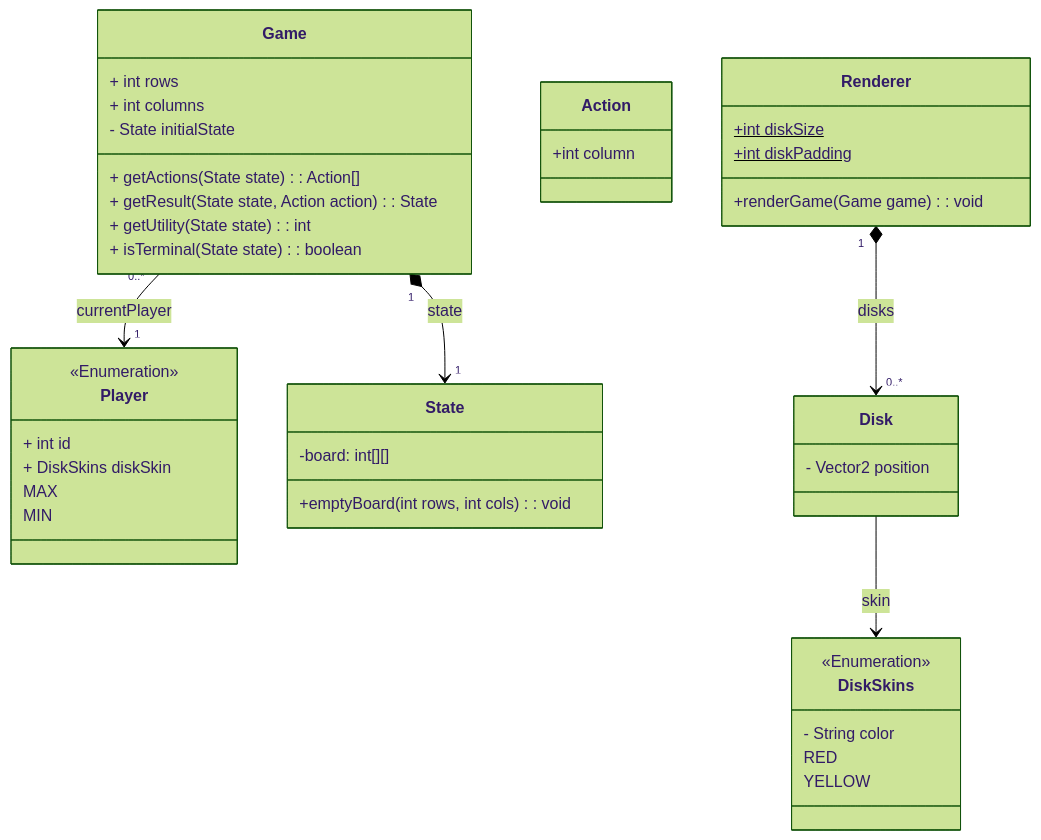
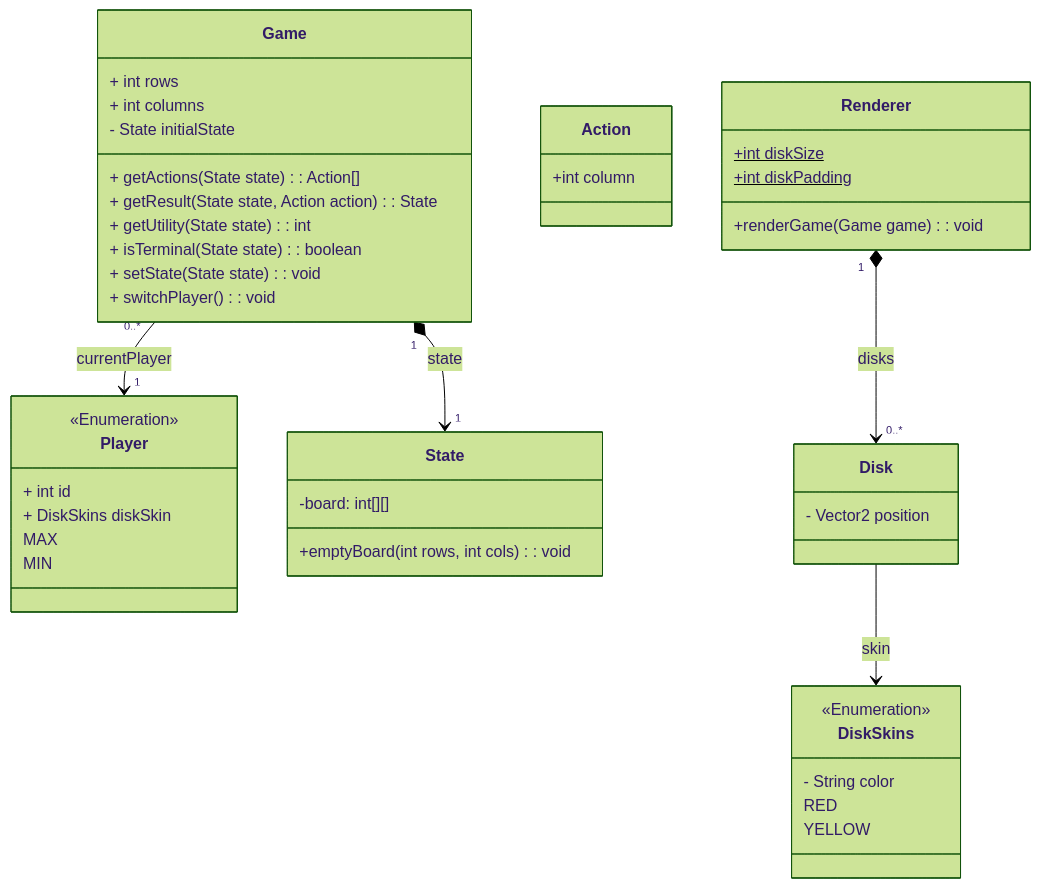
One commit to PaoloGinefra/MiniMaxConnect4 changed the diagram in README.md. Above: the diagram before and after it, drawn with Mermaid (forest theme). The commit also changed 3 other files, not shown here.

````diff
--- a/README.md
+++ b/README.md
@@ -7,56 +7,58 @@
 ```mermaid
 classDiagram
 
 class Player{
     + int id
     + DiskSkins diskSkin
     <<Enumeration>>
     MAX
     MIN
 }
 
 class State{
     -board: int[][]
     +emptyBoard(int rows, int cols) : void
 
 }
 
 class Game{
     + int rows
     + int columns
     - State initialState
     + getActions(State state) : Action[]
     + getResult(State state, Action action) : State
     + getUtility(State state) : int
     + isTerminal(State state) : boolean
+    + setState(State state) : void
+    + switchPlayer() : void
 }
 
 class Action{
     +int column
 }
 
 class Renderer{
     +int diskSize$
     +int diskPadding$
     +renderGame(Game game) : void
 }
 
 Renderer "1" *--> "0..*" Disk : disks
 
 class Disk{
     - Vector2 position
 }
 
 class DiskSkins{
     - String color
     <<Enumeration>>
     RED
     YELLOW
 }
 
 Disk --> DiskSkins : skin
 
 Game "1" *--> "1" State : state
 Game "0..*" --> "1" Player : currentPlayer
 
 ```
````
